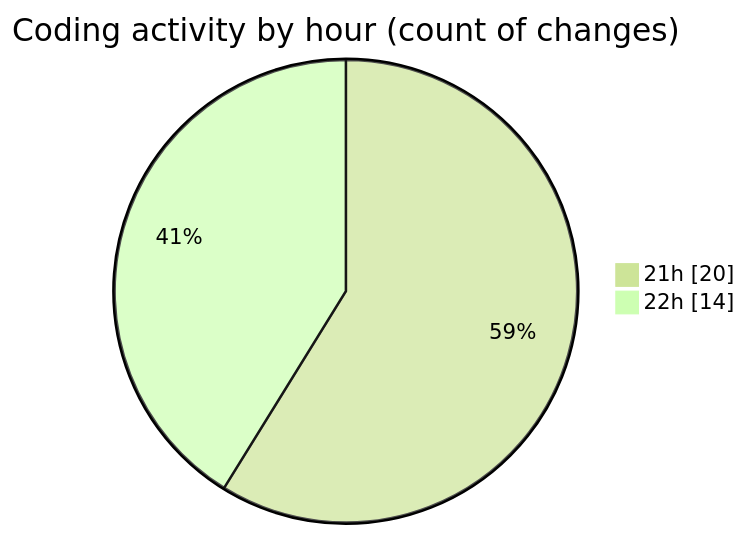
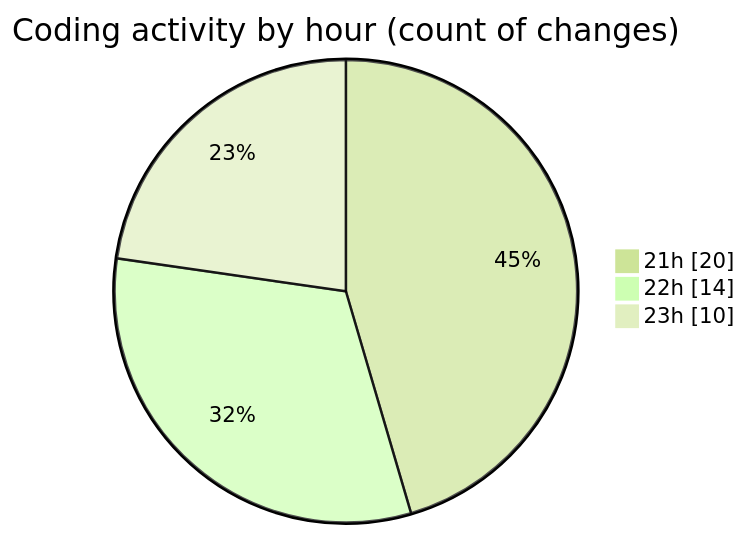
Before and after one commit to Ritupan-Deka/code-tracking: the second of 2 diagrams in 2025-06-01/projects/README.md, drawn with Mermaid (forest theme). The commit also changed other lines of this file and 1 other file, not shown here.

````diff
--- a/2025-06-01/projects/README.md
+++ b/2025-06-01/projects/README.md
@@ -35,6 +37,7 @@
 ```mermaid
 pie showData
 title Coding activity by hour (count of changes)
 "21h" : 20
 "22h" : 14
+"23h" : 10
 ```
````
